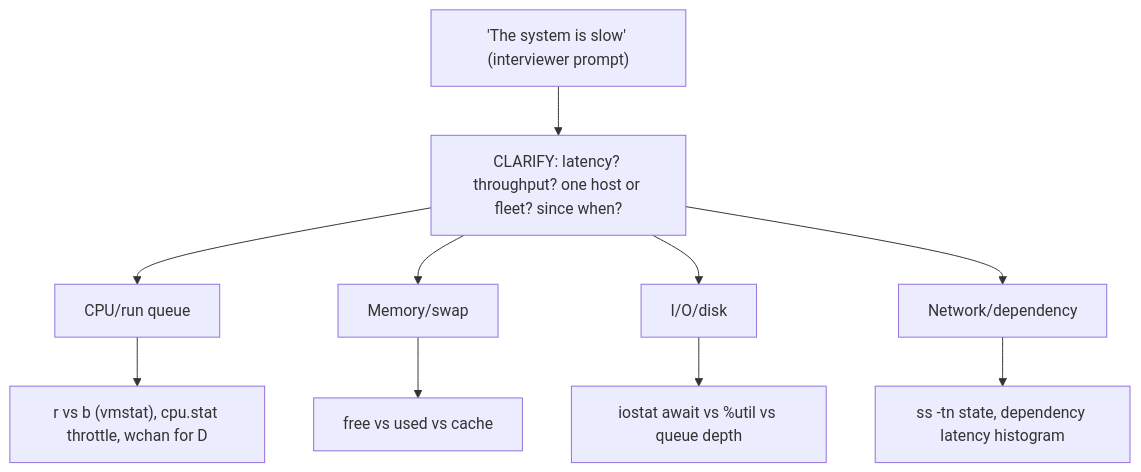
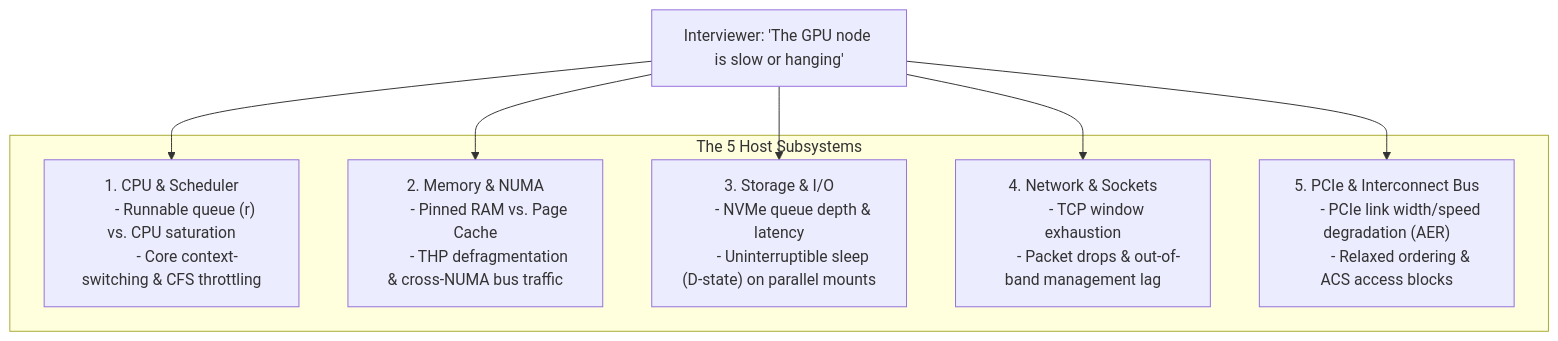
One commit to jithinpnjm/nvidia-devops changed the diagram in docs/volume-09/03-chapter-3-linux-troubleshooting-questions.md. Above: the diagram before and after it, drawn with Mermaid. The commit also changed other lines of this file and 10 other files, not shown here.

````diff
--- a/docs/volume-09/03-chapter-3-linux-troubleshooting-questions.md
+++ b/docs/volume-09/03-chapter-3-linux-troubleshooting-questions.md
@@ -31,20 +21,32 @@
 ```mermaid
 flowchart TD
-    Prompt["'The system is slow' (interviewer prompt)"]
-    Clarify["CLARIFY: latency? throughput? one host or fleet? since when?"]
-    Cpu["CPU/run queue"]
-    Mem["Memory/swap"]
-    Io["I/O/disk"]
-    Net["Network/dependency"]
+    PROMPT["Interviewer: 'The GPU node is slow or hanging'"]
+    
+    subgraph Subsystems["The 5 Host Subsystems"]
+        CPU["1. CPU & Scheduler
+        - Runnable queue (r) vs. CPU saturation
+        - Core context-switching & CFS throttling"]
+        
+        MEM["2. Memory & NUMA
+        - Pinned RAM vs. Page Cache
+        - THP defragmentation & cross-NUMA bus traffic"]
+        
+        IO["3. Storage & I/O
+        - NVMe queue depth & latency
+        - Uninterruptible sleep (D-state) on parallel mounts"]
+        
+        NET["4. Network & Sockets
+        - TCP window exhaustion
+        - Packet drops & out-of-band management lag"]
+        
+        BUS["5. PCIe & Interconnect Bus
+        - PCIe link width/speed degradation (AER)
+        - Relaxed ordering & ACS access blocks"]
+    end
 
-    Prompt --> Clarify
-    Clarify --> Cpu
-    Clarify --> Mem
-    Clarify --> Io
-    Clarify --> Net
-
-    Cpu --> CpuEv["r vs b (vmstat), cpu.stat throttle, wchan for D"]
-    Mem --> MemEv["free vs used vs cache"]
-    Io --> IoEv["iostat await vs %util vs queue depth"]
-    Net --> NetEv["ss -tn state, dependency latency histogram"]
+    PROMPT --> CPU
+    PROMPT --> MEM
+    PROMPT --> IO
+    PROMPT --> NET
+    PROMPT --> BUS
 ```
````
